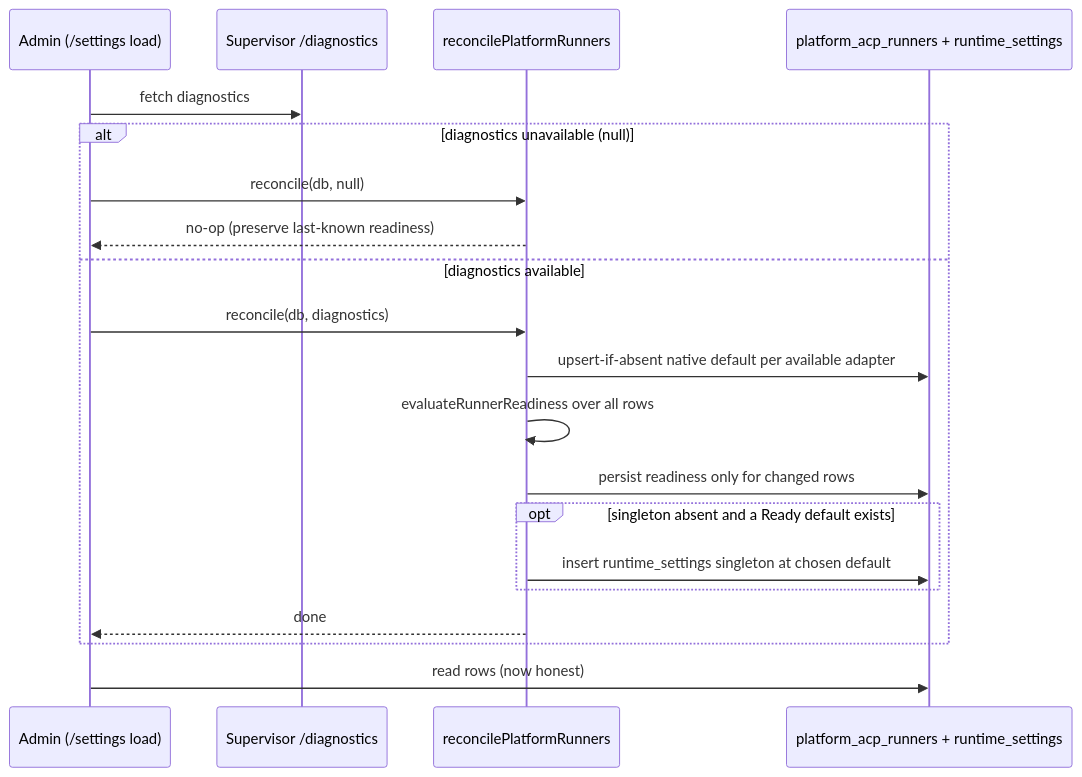
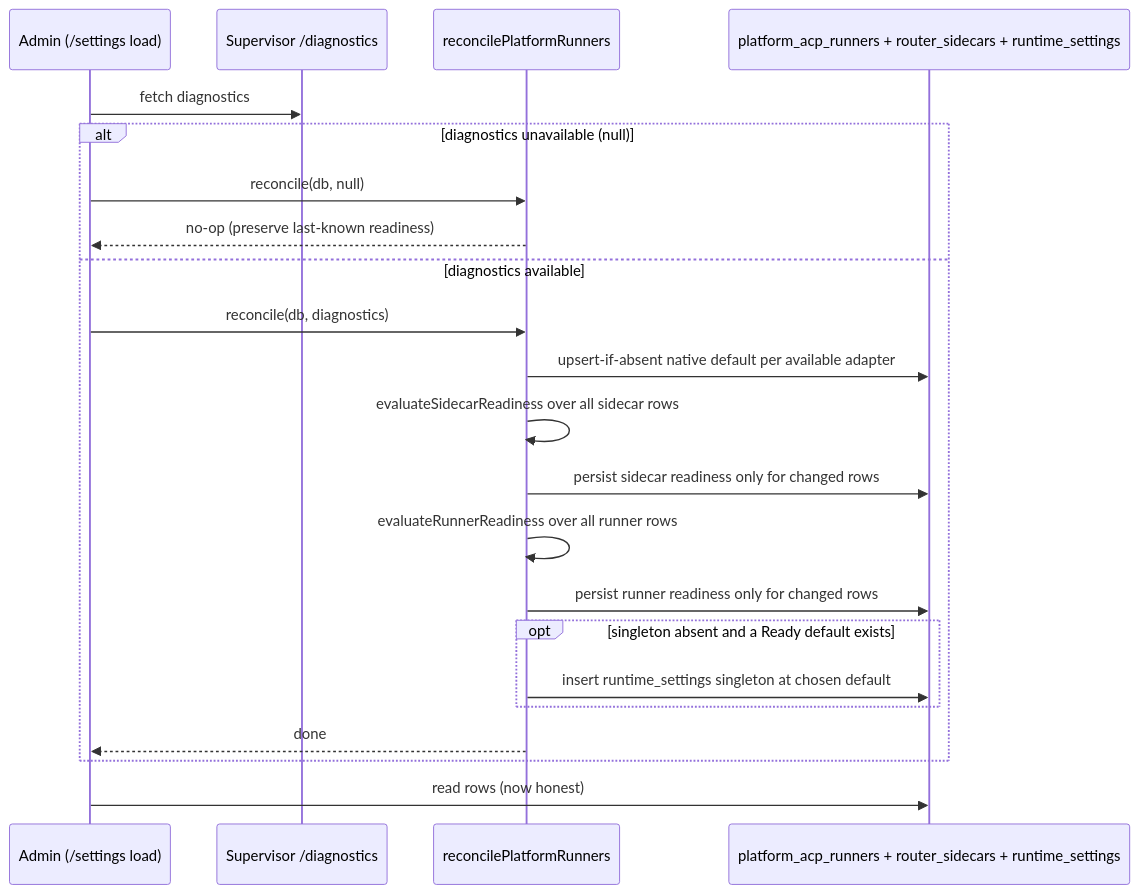
One commit to maister-dev/maister changed the fourth of 4 diagrams in docs/system-analytics/acp-runners.md. Above: the diagram before and after it, drawn with Mermaid. The commit also changed other lines of this file and 21 other files, not shown here.

First line of the commit message:
feat(ccr): supervisor sidecar start/stop + materialized readiness

````diff
--- a/docs/system-analytics/acp-runners.md
+++ b/docs/system-analytics/acp-runners.md
@@ -209,22 +214,24 @@
 ```mermaid
 sequenceDiagram
     participant A as Admin (/settings load)
     participant D as Supervisor /diagnostics
     participant RC as reconcilePlatformRunners
-    participant DB as platform_acp_runners + runtime_settings
+    participant DB as platform_acp_runners + router_sidecars + runtime_settings
     A->>D: fetch diagnostics
     alt diagnostics unavailable (null)
         A->>RC: reconcile(db, null)
         RC-->>A: no-op (preserve last-known readiness)
     else diagnostics available
         A->>RC: reconcile(db, diagnostics)
         RC->>DB: upsert-if-absent native default per available adapter
-        RC->>RC: evaluateRunnerReadiness over all rows
-        RC->>DB: persist readiness only for changed rows
+        RC->>RC: evaluateSidecarReadiness over all sidecar rows
+        RC->>DB: persist sidecar readiness only for changed rows
+        RC->>RC: evaluateRunnerReadiness over all runner rows
+        RC->>DB: persist runner readiness only for changed rows
         opt singleton absent and a Ready default exists
             RC->>DB: insert runtime_settings singleton at chosen default
         end
         RC-->>A: done
     end
     A->>DB: read rows (now honest)
 ```
````
